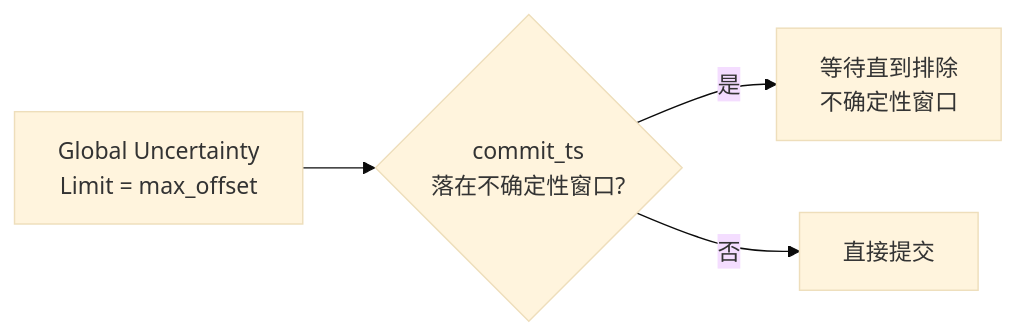
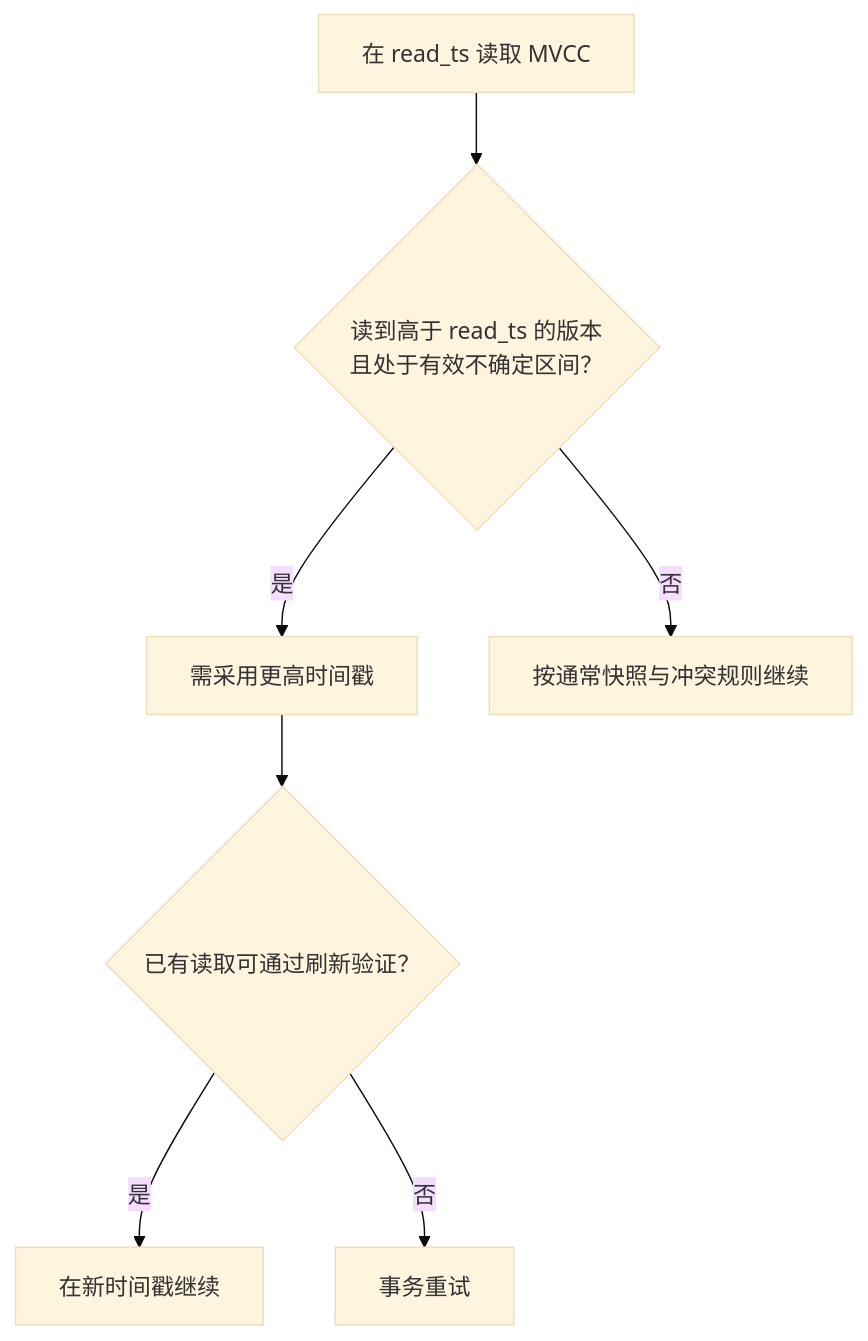
Before and after one commit to BryantChang1992/ai_wikis: diagram 14 of 15 in 知识库/wiki/事务模型深度调研.md, drawn with Mermaid (base theme). The commit also changed other lines of this file and 205 other files, not shown here.

Commit message:
Review knowledge evidence, deepen paper notes, and standardize Mermaid diagrams

````diff
--- a/知识库/wiki/事务模型深度调研.md
+++ b/知识库/wiki/事务模型深度调研.md
@@ -800,6 +669,9 @@
 ```mermaid
-flowchart LR
-    GUL["Global Uncertainty<br/>Limit = max_offset"] --> CHECK{"commit_ts<br/>落在不确定性窗口?"}
-    CHECK -->|"是"| WAIT["等待直到排除<br/>不确定性窗口"]
-    CHECK -->|"否"| OK["直接提交"]
+flowchart TB
+    R["在 read_ts 读取 MVCC"] --> U{"读到高于 read_ts 的版本<br/>且处于有效不确定区间？"}
+    U -->|"是"| B["需采用更高时间戳"]
+    B --> F{"已有读取可通过刷新验证？"}
+    F -->|"是"| C["在新时间戳继续"]
+    F -->|"否"| X["事务重试"]
+    U -->|"否"| N["按通常快照与冲突规则继续"]
 ```
````
